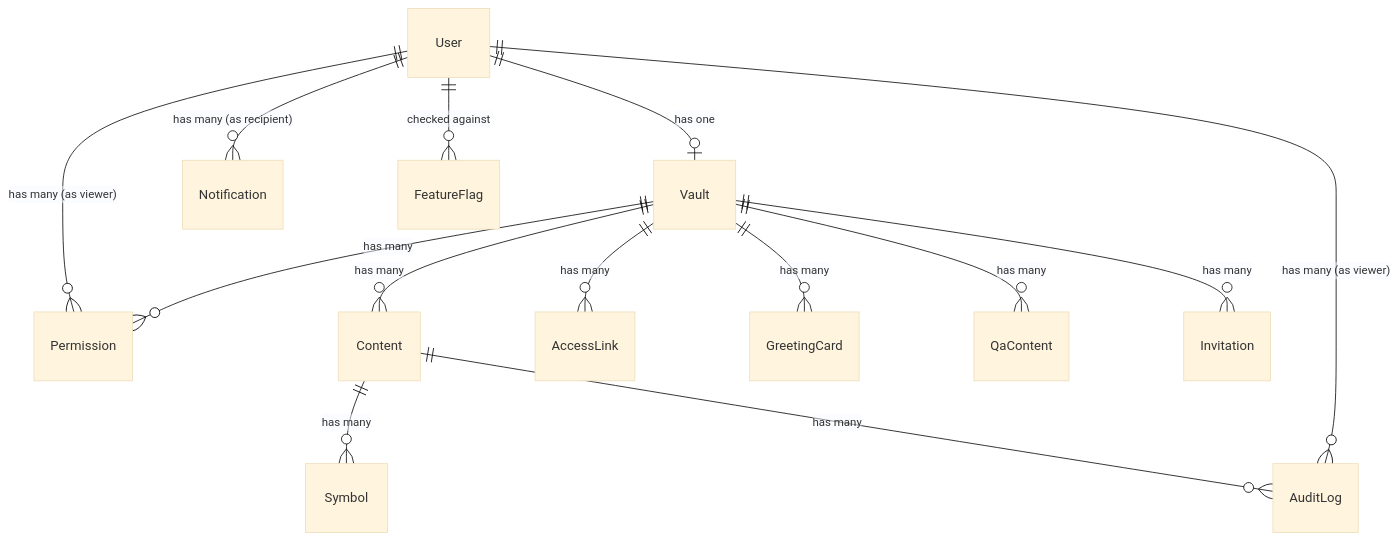
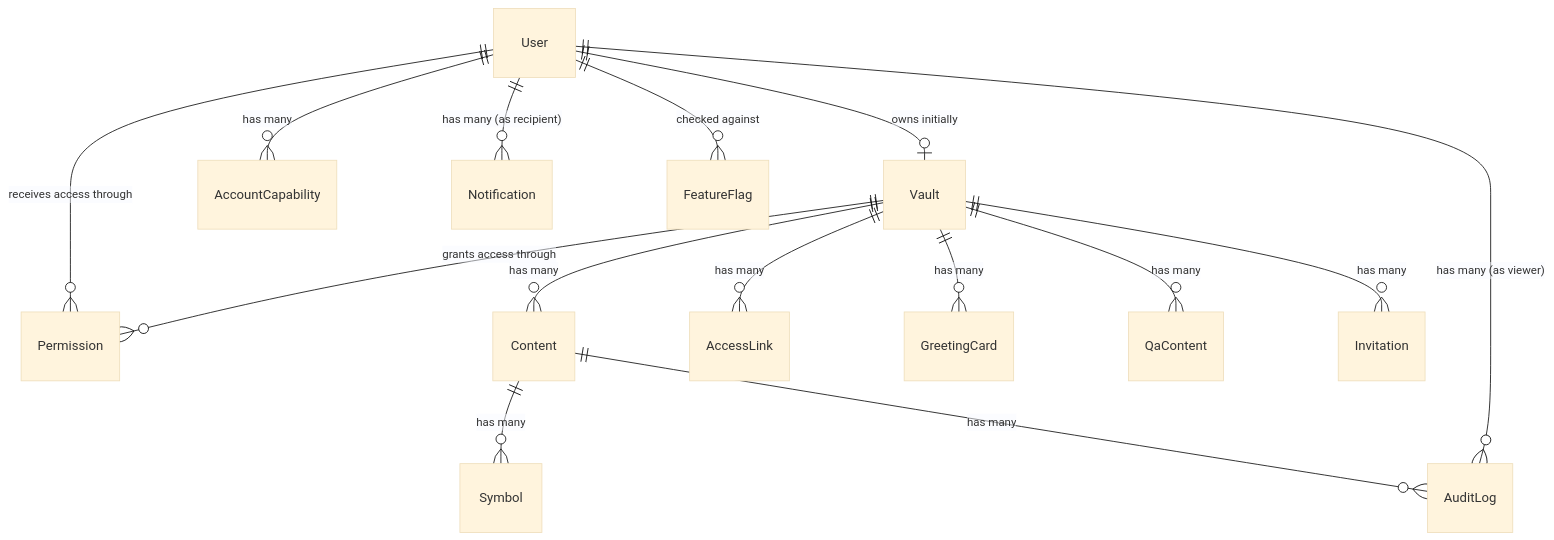
One commit to kackey621/Bokunokoto changed the diagram in docs/architecture/data-model.md. Above: the diagram before and after it, drawn with Mermaid (base theme). The commit also changed other lines of this file and 172 other files, not shown here.

First line of the commit message:
feat: implement person-first account model, vault ownership, and BKC management

````diff
--- a/docs/architecture/data-model.md
+++ b/docs/architecture/data-model.md
@@ -5,16 +5,17 @@
 ```mermaid
 erDiagram
-    User ||--o| Vault : "has one"
-    User ||--o{ Permission : "has many (as viewer)"
+    User ||--o| Vault : "owns initially"
+    User ||--o{ AccountCapability : "has many"
+    User ||--o{ Permission : "receives access through"
     Vault ||--o{ Content : "has many"
-    Vault ||--o{ Permission : "has many"
+    Vault ||--o{ Permission : "grants access through"
     Vault ||--o{ AccessLink : "has many"
     Vault ||--o{ GreetingCard : "has many"
     Vault ||--o{ QaContent : "has many"
     Content ||--o{ Symbol : "has many"
     Content ||--o{ AuditLog : "has many"
     User ||--o{ AuditLog : "has many (as viewer)"
     User ||--o{ Notification : "has many (as recipient)"
     Vault ||--o{ Invitation : "has many"
     User ||--o{ FeatureFlag : "checked against"
 ```
````
